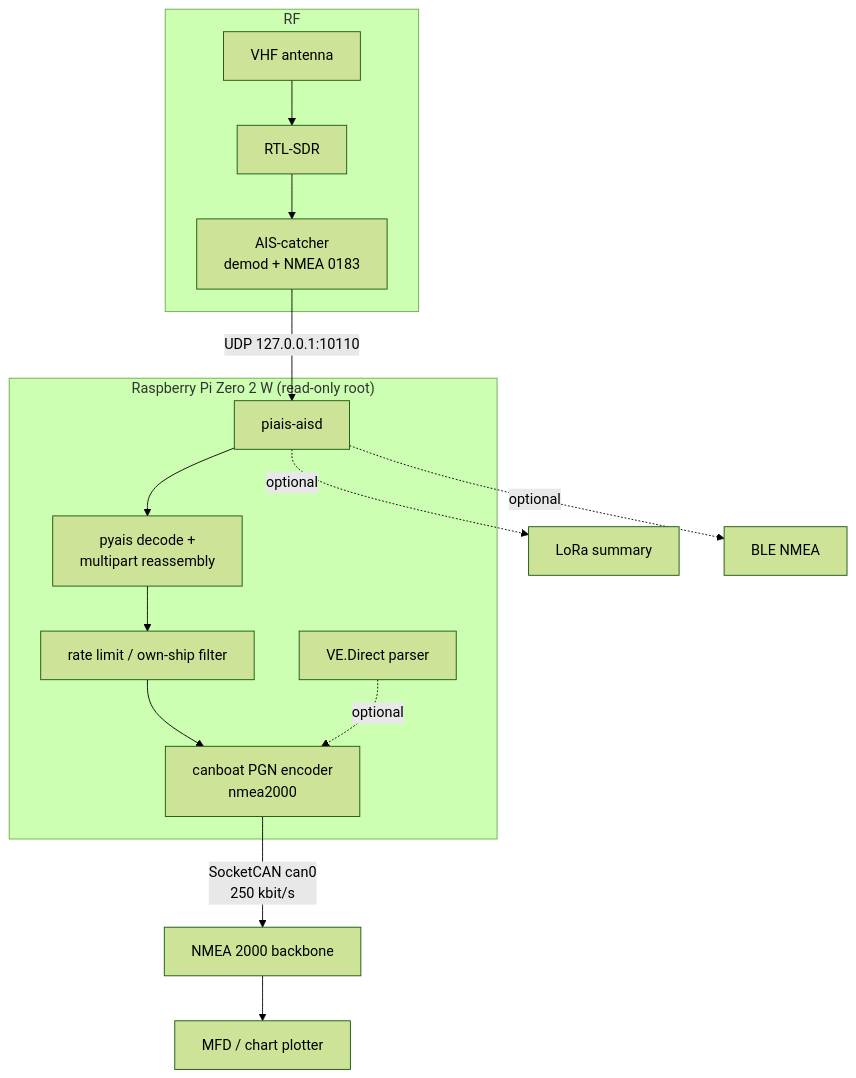
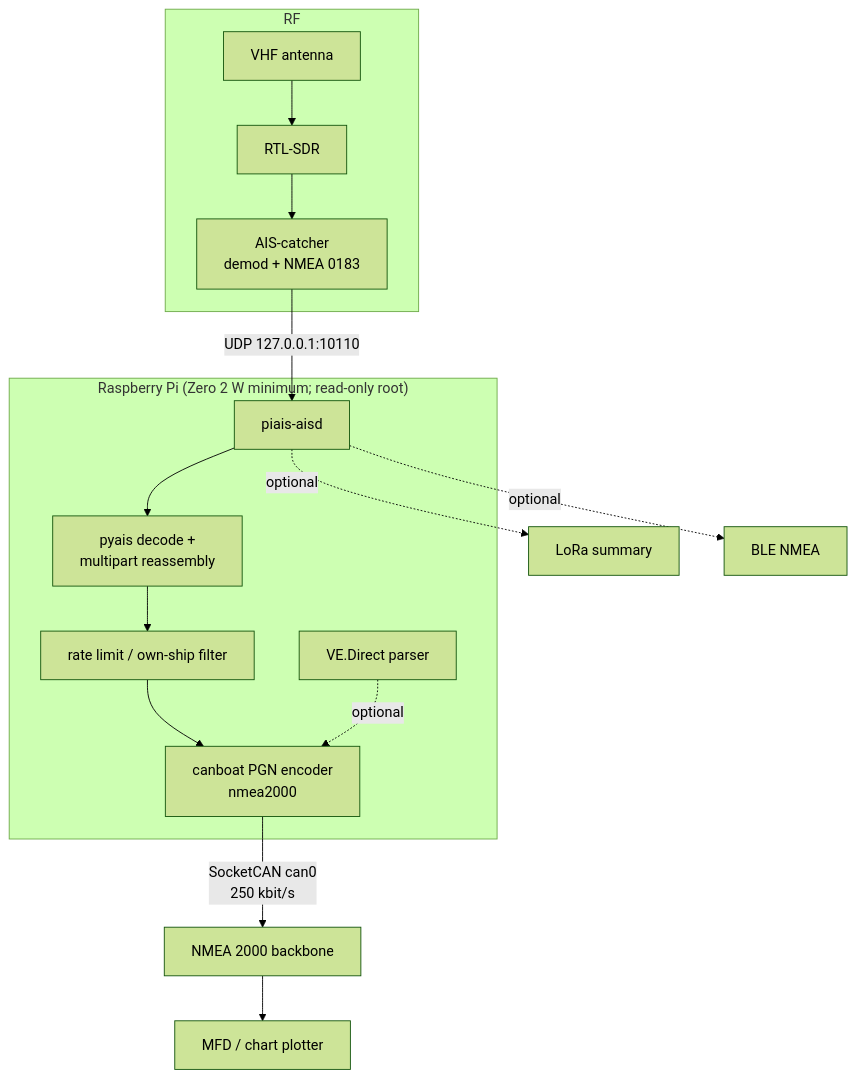
One commit to wkipling/piais changed the diagram in docs/ARCHITECTURE.md. Above: the diagram before and after it, drawn with Mermaid (forest theme). The commit also changed other lines of this file and 9 other files, not shown here.

First line of the commit message:
Treat the Zero 2 W as the minimum Pi, not the only target

````diff
--- a/docs/ARCHITECTURE.md
+++ b/docs/ARCHITECTURE.md
@@ -5,18 +5,18 @@
 ```mermaid
 flowchart TB
     subgraph RF
       A[VHF antenna] --> B[RTL-SDR]
       B --> C[AIS-catcher<br/>demod + NMEA 0183]
     end
-    subgraph PI["Raspberry Pi Zero 2 W (read-only root)"]
+    subgraph PI["Raspberry Pi (Zero 2 W minimum; read-only root)"]
       C -->|UDP 127.0.0.1:10110| D[piais-aisd]
       D --> E[pyais decode +<br/>multipart reassembly]
       E --> F[rate limit / own-ship filter]
       F --> G[canboat PGN encoder<br/>nmea2000]
       H[VE.Direct parser] -. optional .-> G
     end
     G -->|SocketCAN can0<br/>250 kbit/s| I[NMEA 2000 backbone]
     I --> J[MFD / chart plotter]
     D -. optional .-> K[LoRa summary]
     D -. optional .-> L[BLE NMEA]
 ```
````
